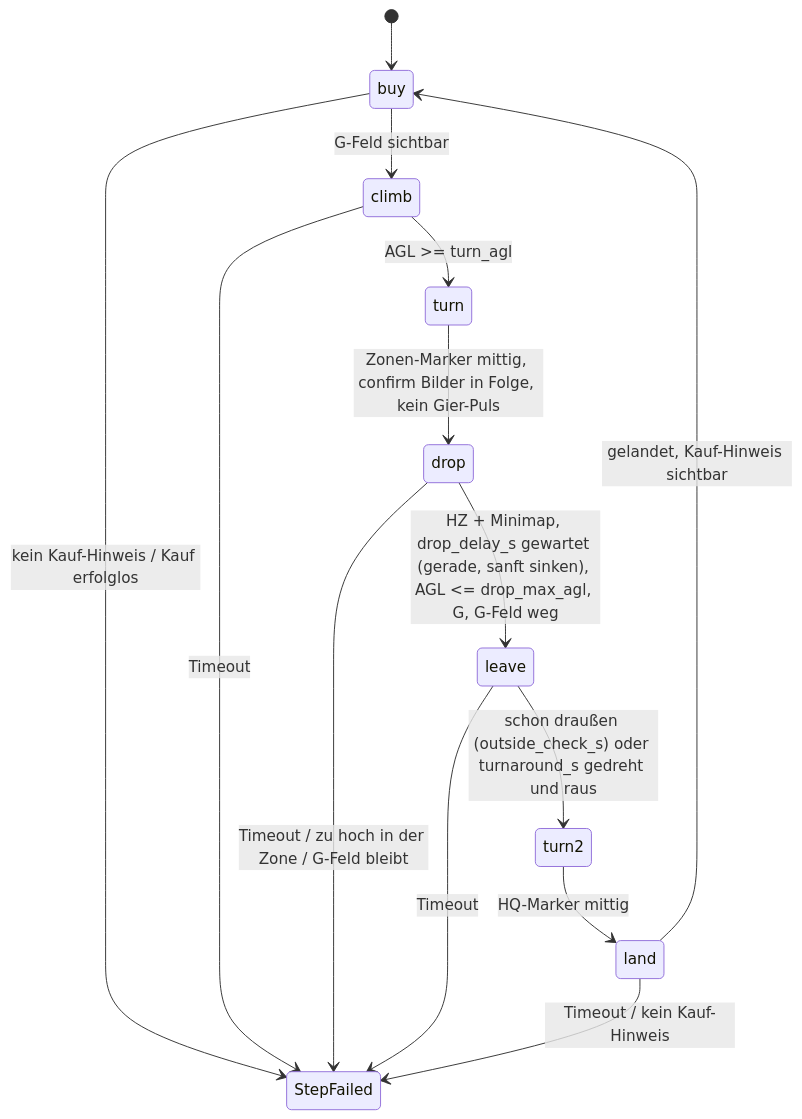
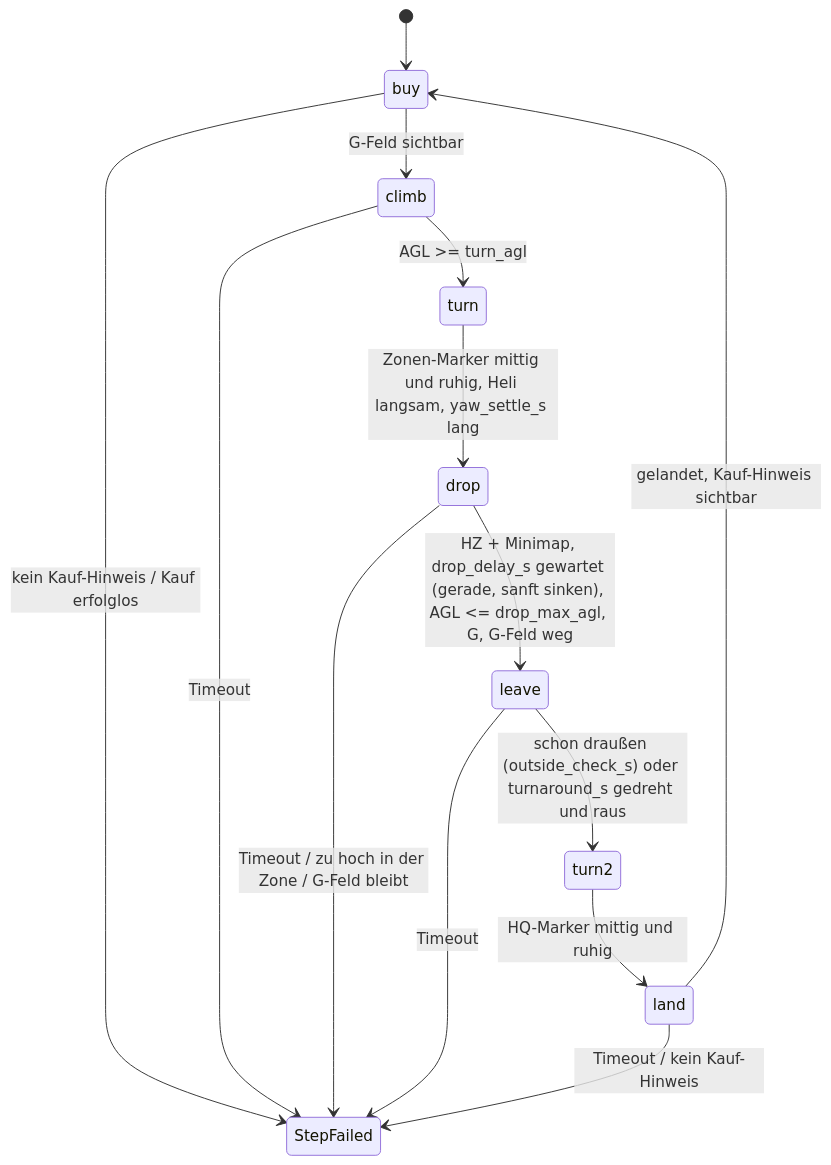
Before and after one commit to geilevideossos-gamedev/wardogs-xp-farmer: the second of 3 diagrams in docs/ARCHITECTURE.md, drawn with Mermaid. The commit also changed other lines of this file and 9 other files, not shown here.

````diff
--- a/docs/ARCHITECTURE.md
+++ b/docs/ARCHITECTURE.md
@@ -82,16 +82,16 @@
 ```mermaid
 stateDiagram-v2
     [*] --> buy
     buy --> climb: G-Feld sichtbar
     climb --> turn: AGL >= turn_agl
-    turn --> drop: Zonen-Marker mittig, confirm Bilder in Folge, kein Gier-Puls
+    turn --> drop: Zonen-Marker mittig und ruhig, Heli langsam, yaw_settle_s lang
     drop --> leave: HZ + Minimap, drop_delay_s gewartet (gerade, sanft sinken), AGL <= drop_max_agl, G, G-Feld weg
     leave --> turn2: schon draußen (outside_check_s) oder turnaround_s gedreht und raus
-    turn2 --> land: HQ-Marker mittig
+    turn2 --> land: HQ-Marker mittig und ruhig
     land --> buy: gelandet, Kauf-Hinweis sichtbar
     buy --> StepFailed: kein Kauf-Hinweis / Kauf erfolglos
     climb --> StepFailed: Timeout
     drop --> StepFailed: Timeout / zu hoch in der Zone / G-Feld bleibt
     leave --> StepFailed: Timeout
     land --> StepFailed: Timeout / kein Kauf-Hinweis
 ```
````
